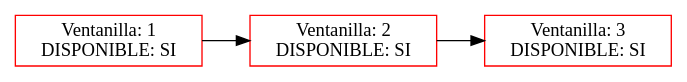
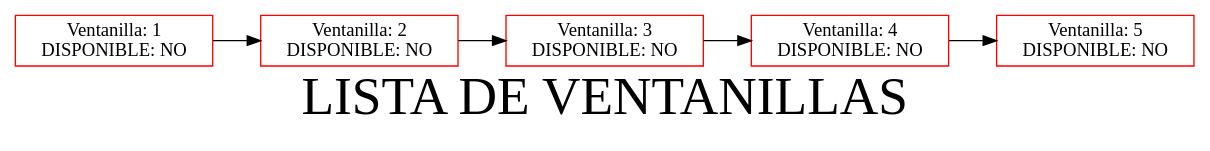
One commit to hugosmhd/EDD_UDRAWING_202002793 changed the diagram in ventanillas.dot. Above: the diagram before and after it, drawn with Graphviz. The commit also changed 28 other files, not shown here.

```diff
--- a/ventanillas.dot
+++ b/ventanillas.dot
@@ -1,9 +1,15 @@
 digraph G { 
 node[shape=box, color=red];
-nodo325040804[label=" Ventanilla: 1\n DISPONIBLE: SI"]
-nodo1173230247[label=" Ventanilla: 2\n DISPONIBLE: SI"]
-nodo856419764[label=" Ventanilla: 3\n DISPONIBLE: SI"]
-nodo325040804 -> nodo1173230247;
-nodo1173230247 -> nodo856419764;
+label="LISTA DE VENTANILLAS"
+fontsize = 40;
+nodo1304836502[label=" Ventanilla: 1\n DISPONIBLE: NO"]
+nodo225534817[label=" Ventanilla: 2\n DISPONIBLE: NO"]
+nodo1878246837[label=" Ventanilla: 3\n DISPONIBLE: NO"]
+nodo929338653[label=" Ventanilla: 4\n DISPONIBLE: NO"]
+nodo1259475182[label=" Ventanilla: 5\n DISPONIBLE: NO"]
+nodo1304836502 -> nodo225534817;
+nodo225534817 -> nodo1878246837;
+nodo1878246837 -> nodo929338653;
+nodo929338653 -> nodo1259475182;
 rankdir=LR;
 } 
```
